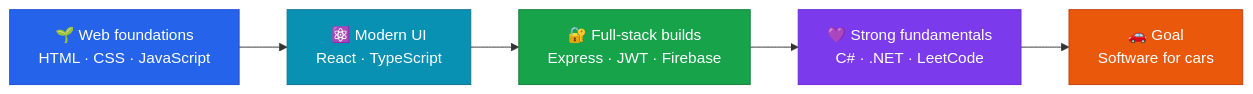
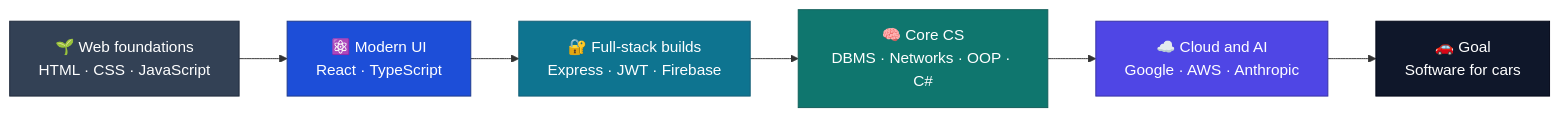
One commit to REUELM07/REUELM07 changed the first of 2 diagrams in README.md. Above: the diagram before and after it, drawn with Mermaid. The commit also changed other lines of this file, not shown here.

````diff
--- a/README.md
+++ b/README.md
@@ -65,13 +72,15 @@
 ```mermaid
 flowchart LR
     A["🌱 Web foundations<br/>HTML · CSS · JavaScript"] --> B["⚛️ Modern UI<br/>React · TypeScript"]
     B --> C["🔐 Full-stack builds<br/>Express · JWT · Firebase"]
-    C --> D["💜 Strong fundamentals<br/>C# · .NET · LeetCode"]
-    D --> E["🚗 Goal<br/>Software for cars"]
+    C --> D["🧠 Core CS<br/>DBMS · Networks · OOP · C#"]
+    D --> E["☁️ Cloud and AI<br/>Google · AWS · Anthropic"]
+    E --> F["🚗 Goal<br/>Software for cars"]
 
-    style A fill:#2563eb,stroke:#1d4ed8,color:#ffffff
-    style B fill:#0891b2,stroke:#0e7490,color:#ffffff
-    style C fill:#16a34a,stroke:#15803d,color:#ffffff
-    style D fill:#7c3aed,stroke:#6d28d9,color:#ffffff
-    style E fill:#ea580c,stroke:#c2410c,color:#ffffff
+    style A fill:#334155,stroke:#1e293b,color:#ffffff
+    style B fill:#1d4ed8,stroke:#1e3a8a,color:#ffffff
+    style C fill:#0e7490,stroke:#155e75,color:#ffffff
+    style D fill:#0f766e,stroke:#115e59,color:#ffffff
+    style E fill:#4f46e5,stroke:#3730a3,color:#ffffff
+    style F fill:#0f172a,stroke:#020617,color:#ffffff
 ```
````
